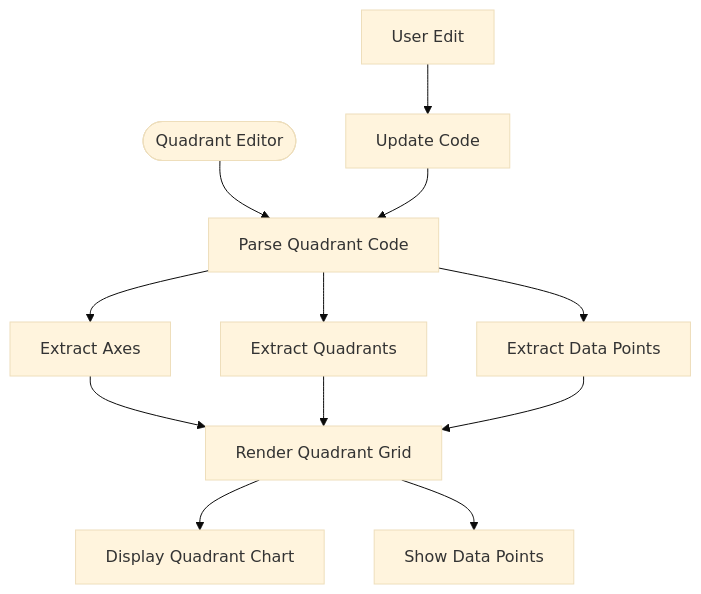
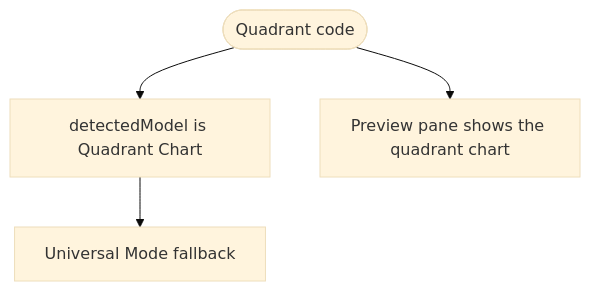
The ninth of 10 diagrams in .qoder/repowiki/en/content/Diagram Types and Formats/Mermaid Diagrams/Advanced Chart Types.md (ongchonghian/universal-diagram-editor), drawn with Mermaid (base theme) before and after one commit. The commit also changed other lines of this file and 31 other files, not shown here.

````diff
--- a/.qoder/repowiki/en/content/Diagram Types and Formats/Mermaid Diagrams/Advanced Chart Types.md
+++ b/.qoder/repowiki/en/content/Diagram Types and Formats/Mermaid Diagrams/Advanced Chart Types.md
@@ -282,14 +245,6 @@
 ```mermaid
 flowchart TD
-Start(["Quadrant Editor"]) --> Parse["Parse Quadrant Code"]
-Parse --> Axes["Extract Axes"]
-Parse --> Quadrants["Extract Quadrants"]
-Parse --> Data["Extract Data Points"]
-Axes --> UI["Render Quadrant Grid"]
-Quadrants --> UI
-Data --> UI
-UI --> Preview["Display Quadrant Chart"]
-UI --> Sidebar["Show Data Points"]
-Edit["User Edit"] --> Update["Update Code"]
-Update --> Parse
+Start(["Quadrant code"]) --> Detect["detectedModel is Quadrant Chart"]
+Detect --> Fallback["Universal Mode fallback"]
+Start --> Preview["Preview pane shows the quadrant chart"]
 ```
````
